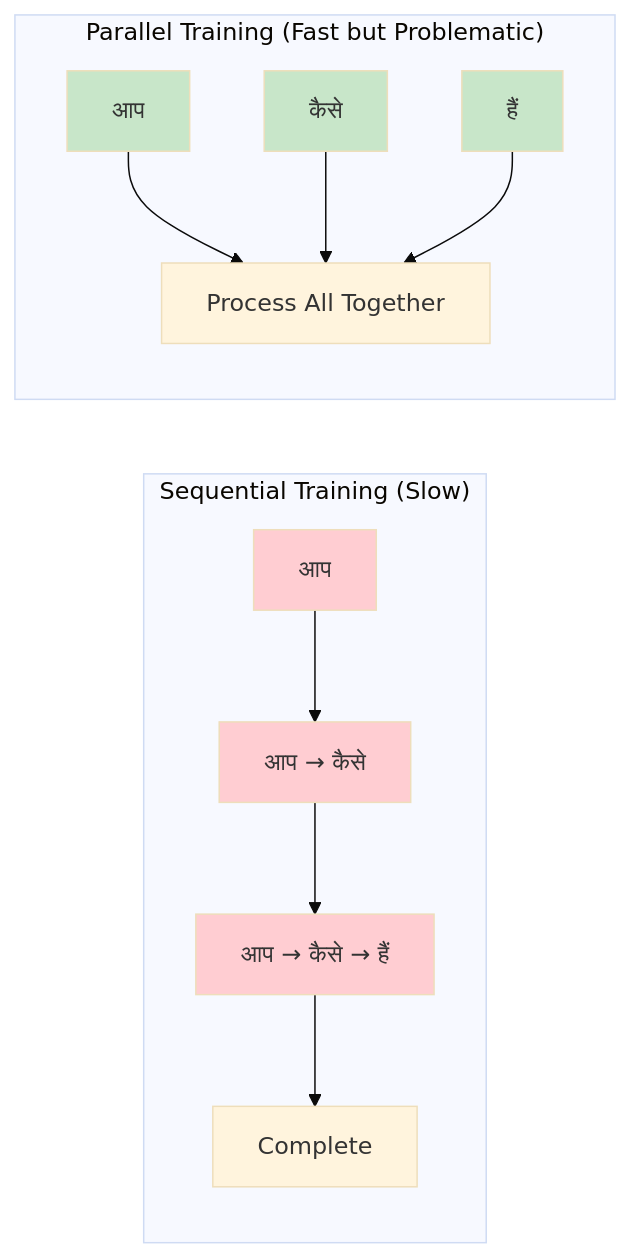
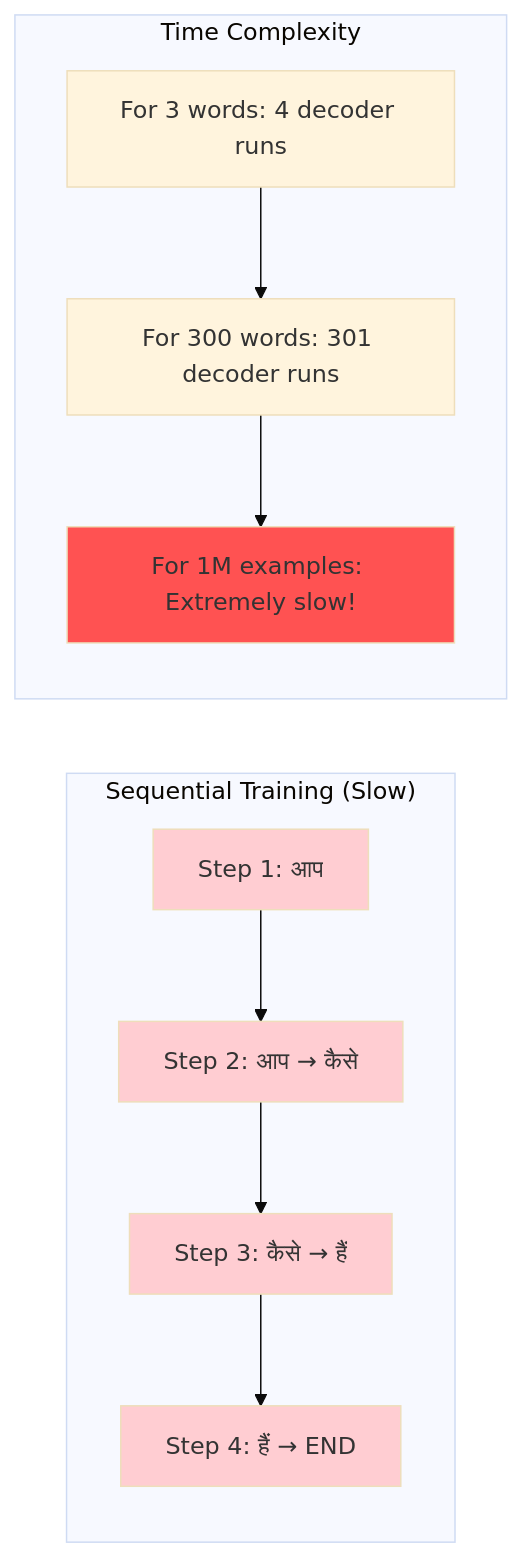
One commit to Sankhyesh/AI-Learning-Roadmap-2024 changed the seventh of 55 diagrams in CampusX/100-days-deep-learning/81-masked-multi-head-attention-transformer-decoder.md. Above: the diagram before and after it, drawn with Mermaid (base theme). The commit also changed other lines of this file, not shown here.

````diff
--- a/CampusX/100-days-deep-learning/81-masked-multi-head-attention-transformer-decoder.md
+++ b/CampusX/100-days-deep-learning/81-masked-multi-head-attention-transformer-decoder.md
@@ -75,22 +255,28 @@
 ```mermaid
 graph LR
     subgraph "Sequential Training (Slow)"
-        A1[आप] --> A2[आप → कैसे]
-        A2 --> A3[आप → कैसे → हैं]
-        A3 --> A4[Complete]
+        A1[Step 1: आप]
+        A2[Step 2: आप → कैसे]
+        A3[Step 3: कैसे → हैं]
+        A4[Step 4: हैं → END]
+        
+        A1 --> A2
+        A2 --> A3
+        A3 --> A4
     end
     
-    subgraph "Parallel Training (Fast but Problematic)"
-        B1[आप]
-        B2[कैसे]
-        B3[हैं]
-        B1 & B2 & B3 --> B4[Process All Together]
+    subgraph "Time Complexity"
+        T1[For 3 words: 4 decoder runs]
+        T2[For 300 words: 301 decoder runs]
+        T3[For 1M examples: Extremely slow!]
+        
+        T1 --> T2
+        T2 --> T3
     end
     
     style A1 fill:#ffcdd2
     style A2 fill:#ffcdd2
     style A3 fill:#ffcdd2
-    style B1 fill:#c8e6c9
-    style B2 fill:#c8e6c9
-    style B3 fill:#c8e6c9
+    style A4 fill:#ffcdd2
+    style T3 fill:#ff5252
 ```
````
